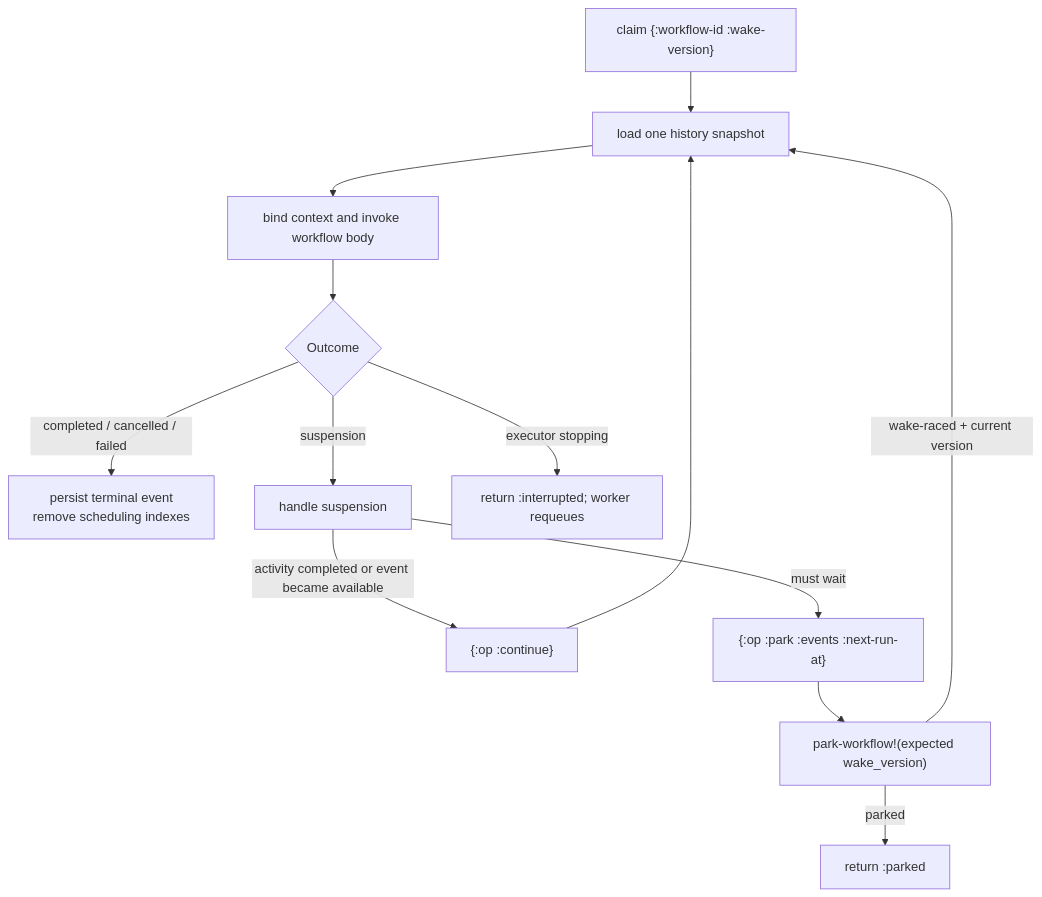
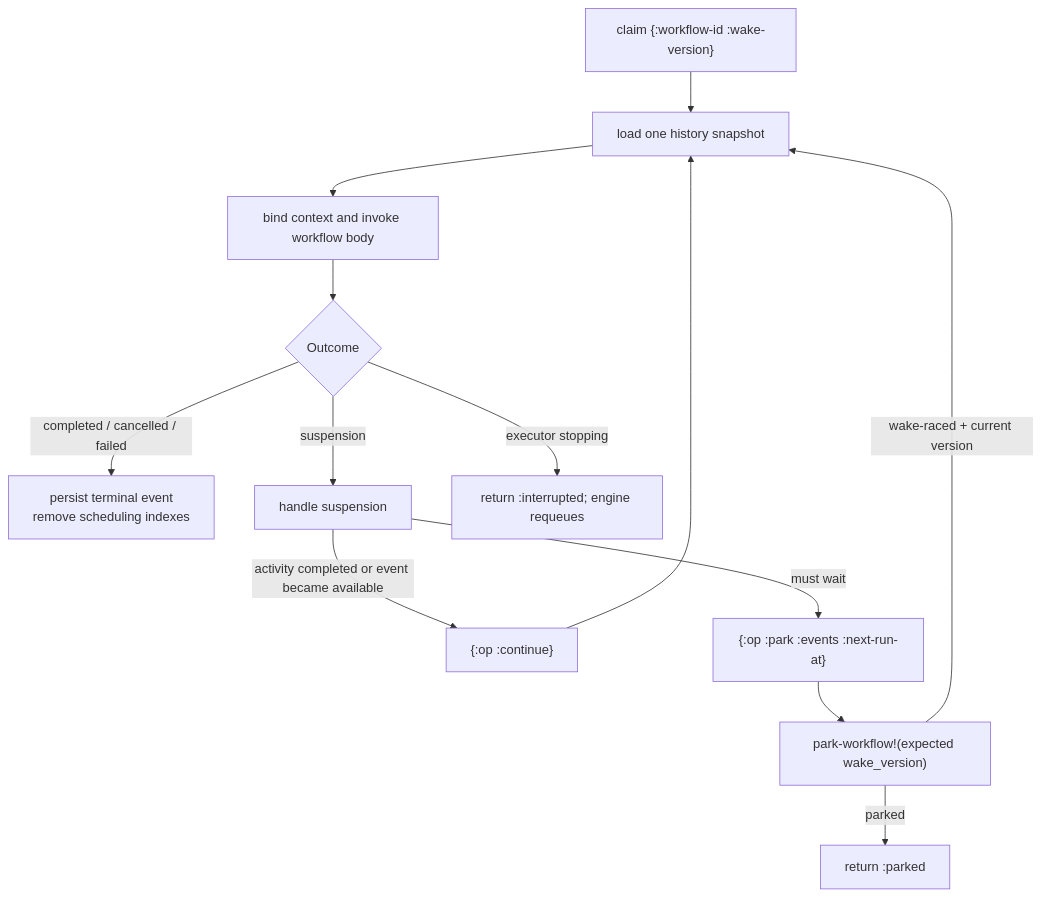
Before and after one commit to mping/intemporal: the third of 3 diagrams in architecture.md, drawn with Mermaid. The commit also changed other lines of this file and 116 other files, not shown here.

````diff
--- a/architecture.md
+++ b/architecture.md
@@ -112,15 +96,15 @@
 ```mermaid
 flowchart TD
     Claim["claim {:workflow-id :wake-version}"] --> Load["load one history snapshot"]
     Load --> Run["bind context and invoke workflow body"]
     Run --> Outcome{Outcome}
     Outcome -->|completed / cancelled / failed| Terminal["persist terminal event\nremove scheduling indexes"]
     Outcome -->|suspension| Dispatch["handle suspension"]
     Dispatch -->|activity completed or event became available| Continue["{:op :continue}"]
     Continue --> Load
     Dispatch -->|must wait| Park["{:op :park :events :next-run-at}"]
     Park --> Commit["park-workflow!(expected wake_version)"]
     Commit -->|parked| Waiting["return :parked"]
     Commit -->|wake-raced + current version| Load
-    Outcome -->|executor stopping| Interrupted["return :interrupted; worker requeues"]
+    Outcome -->|executor stopping| Interrupted["return :interrupted; engine requeues"]
 ```
````
